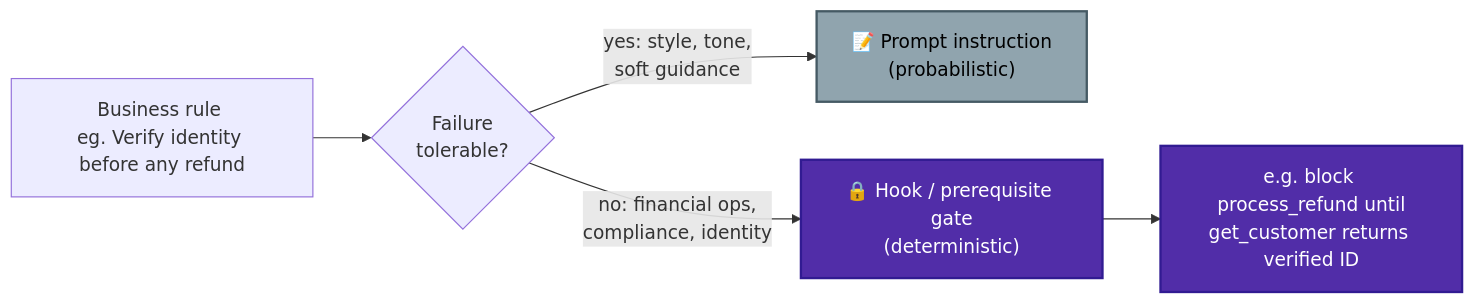
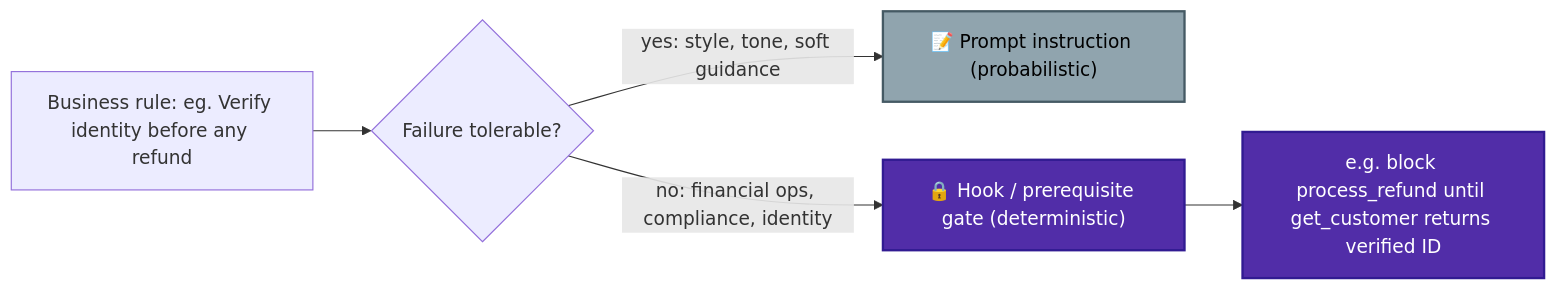
The fourth of 8 diagrams in CCA-F/domains/d1-agentic-architecture.md (parmar-m/claude-architect-certification-prep), drawn with Mermaid before and after one commit. The commit also changed other lines of this file and 25 other files, not shown here.

````diff
--- a/CCA-F/domains/d1-agentic-architecture.md
+++ b/CCA-F/domains/d1-agentic-architecture.md
@@ -174,13 +174,13 @@
 ```mermaid
 flowchart LR
-    A[Business rule <br/>eg. Verify identity before any refund] --> B{Failure<br/>tolerable?}
-    B -- "yes: style, tone,<br/>soft guidance" --> P["📝 Prompt instruction<br/>(probabilistic)"]
-    B -- "no: financial ops,<br/>compliance, identity" --> H["🔒 Hook / prerequisite gate<br/>(deterministic)"]
-    H --> EX["e.g. block process_refund until<br/>get_customer returns verified ID"]
+    A["Business rule: eg. Verify identity before any refund"] --> B{"Failure tolerable?"}
+    B -- "yes: style, tone, soft guidance" --> P["📝 Prompt instruction (probabilistic)"]
+    B -- "no: financial ops, compliance, identity" --> H["🔒 Hook / prerequisite gate (deterministic)"]
+    H --> EX["e.g. block process_refund until get_customer returns verified ID"]
     classDef det fill:#512DA8,color:#fff,stroke:#311B92,stroke-width:2px
     classDef prob fill:#90A4AE,color:#000,stroke:#455A64,stroke-width:2px
     classDef note fill:#FFF8E1,color:#000,stroke:#FBC02D,stroke-width:1px
     class H,EX det
     class P prob
     class AE note
 ```
````
